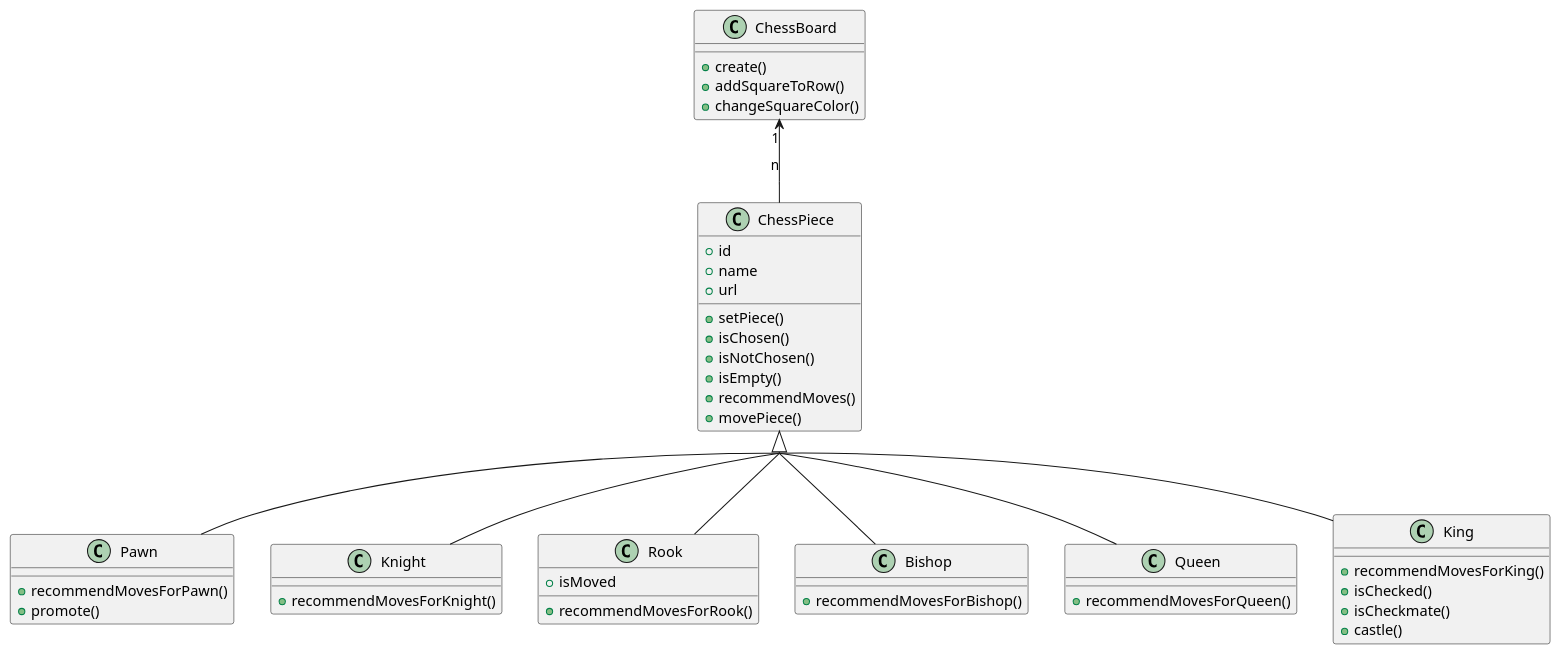
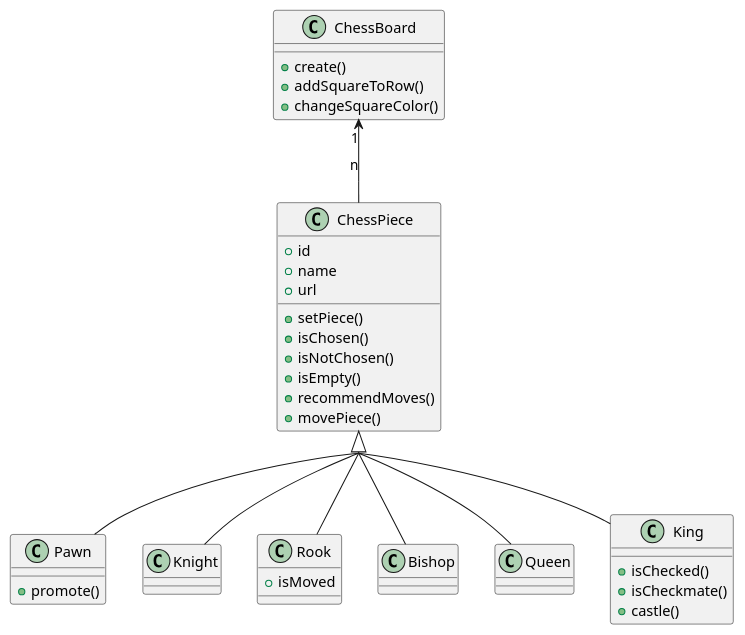
One commit to hoanglt1223/SET2021 changed the diagram in nhom_3/UML/ClassDiagram.plantuml. Above: the diagram before and after it, drawn with PlantUML.

Commit message:
nhom_3 | update class diagram

```diff
--- a/nhom_3/UML/ClassDiagram.plantuml
+++ b/nhom_3/UML/ClassDiagram.plantuml
@@ -1,50 +1,45 @@
 @startuml ChessBoard
 skinparam groupInheritance 2
 class ChessBoard {
     + create()
     + addSquareToRow()
     + changeSquareColor()
 }
 class ChessPiece {
     + id
     + name 
     + url 
     + setPiece() 
     + isChosen() 
     + isNotChosen()
     + isEmpty()
     + recommendMoves() 
     + movePiece()
 }
 class Pawn {
-    + recommendMovesForPawn()
     + promote()
 }
 class Knight {
-    + recommendMovesForKnight()
+    
 }
 class Rook {
     + isMoved
-    + recommendMovesForRook()
 }
 class Bishop {
-    + recommendMovesForBishop()
 }
 class Queen {
-    + recommendMovesForQueen()
 }
 class King {
-    + recommendMovesForKing()
     + isChecked()
     + isCheckmate()
     + castle()
 }
 
 ChessBoard "1" <-- "n" ChessPiece
 ChessPiece <|-- Pawn 
 ChessPiece <|-- Rook 
 ChessPiece <|-- Knight 
 ChessPiece <|-- Bishop 
 ChessPiece <|-- Queen  
 ChessPiece <|-- King 
 @enduml
```
